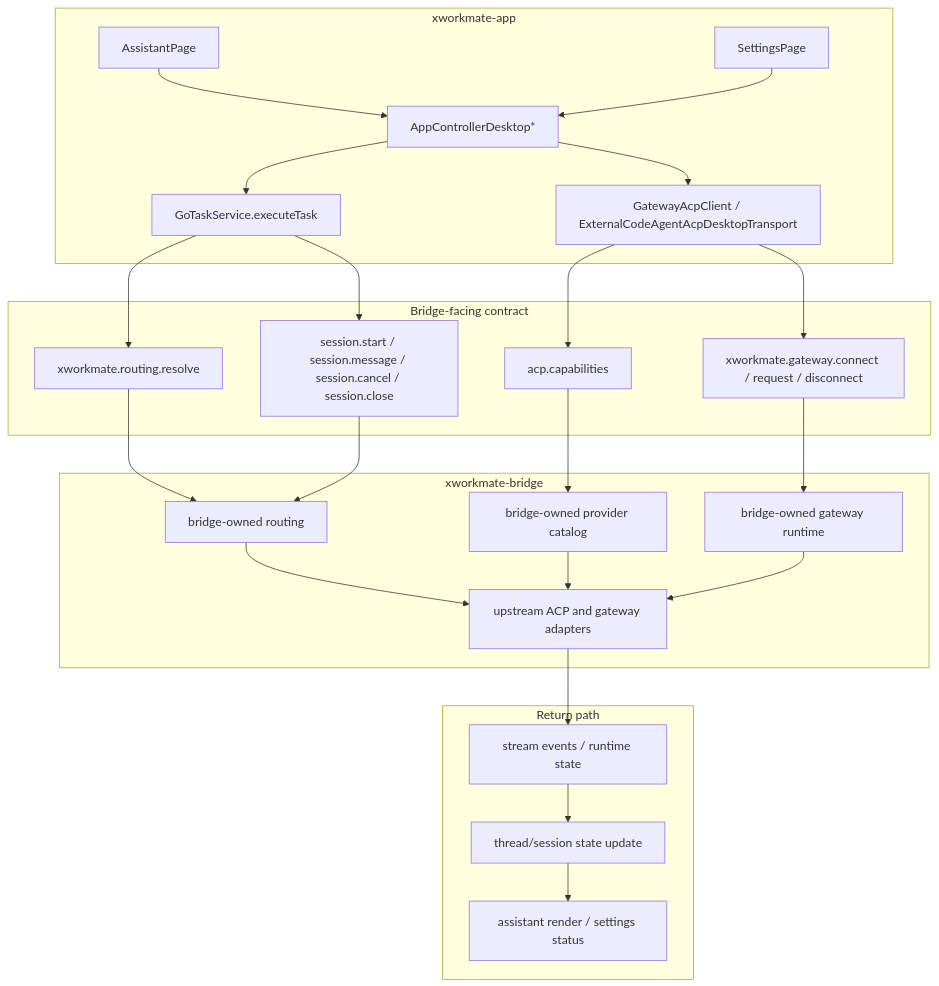
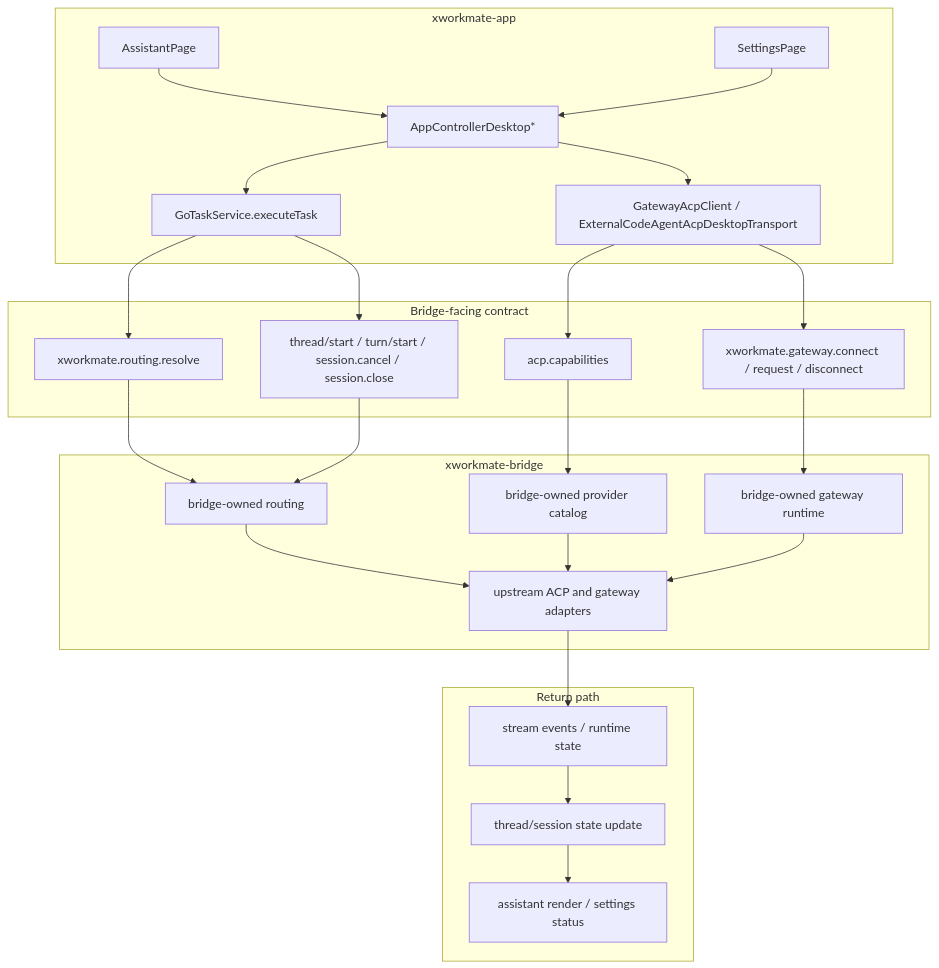
Before and after one commit to x-evor/xworkmate-app: the diagram in docs/architecture/task-control-plane-unification.md, drawn with Mermaid. The commit also changed 8 other files, not shown here.

````diff
--- a/docs/architecture/task-control-plane-unification.md
+++ b/docs/architecture/task-control-plane-unification.md
@@ -22,47 +22,47 @@
 ```mermaid
 flowchart TD
     subgraph APP["xworkmate-app"]
         A1["AssistantPage"]
         A2["SettingsPage"]
         A3["AppControllerDesktop*"]
         A4["GoTaskService.executeTask"]
         A5["GatewayAcpClient / ExternalCodeAgentAcpDesktopTransport"]
         A1 --> A3
         A2 --> A3
         A3 --> A4
         A3 --> A5
     end
 
     subgraph CONTRACT["Bridge-facing contract"]
         B1["acp.capabilities"]
         B2["xworkmate.routing.resolve"]
-        B3["session.start / session.message / session.cancel / session.close"]
+        B3["thread/start / turn/start / session.cancel / session.close"]
         B4["xworkmate.gateway.connect / request / disconnect"]
     end
 
     subgraph BRIDGE["xworkmate-bridge"]
         C1["bridge-owned provider catalog"]
         C2["bridge-owned routing"]
         C3["bridge-owned gateway runtime"]
         C4["upstream ACP and gateway adapters"]
     end
 
     subgraph RETURN["Return path"]
         D1["stream events / runtime state"]
         D2["thread/session state update"]
         D3["assistant render / settings status"]
     end
 
     A4 --> B2
     A4 --> B3
     A5 --> B1
     A5 --> B4
     B1 --> C1
     B2 --> C2
     B3 --> C2
     B4 --> C3
     C1 --> C4
     C2 --> C4
     C3 --> C4
     C4 --> D1 --> D2 --> D3
 ```
````
